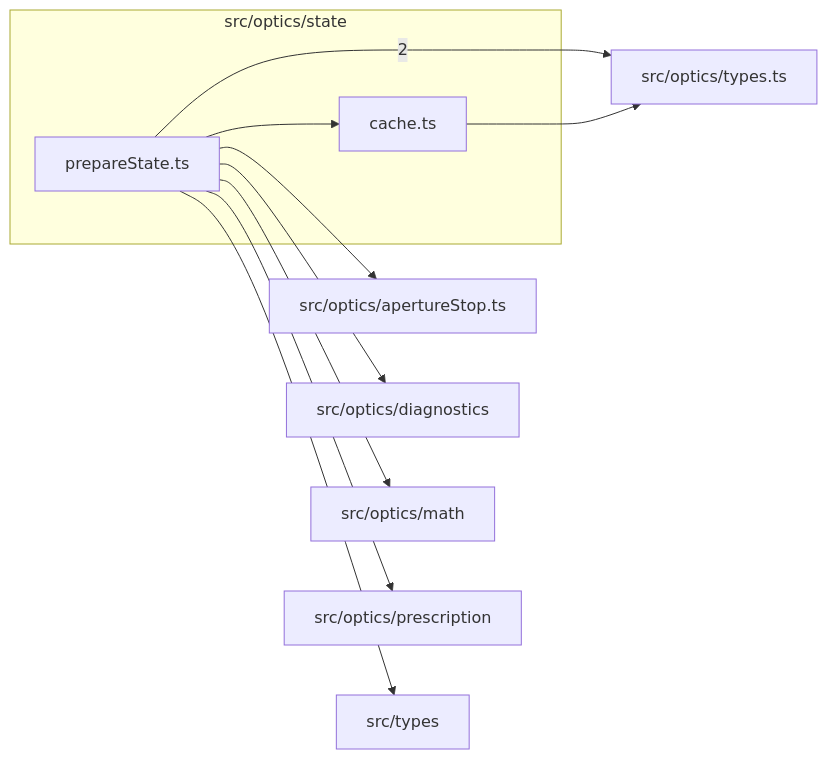
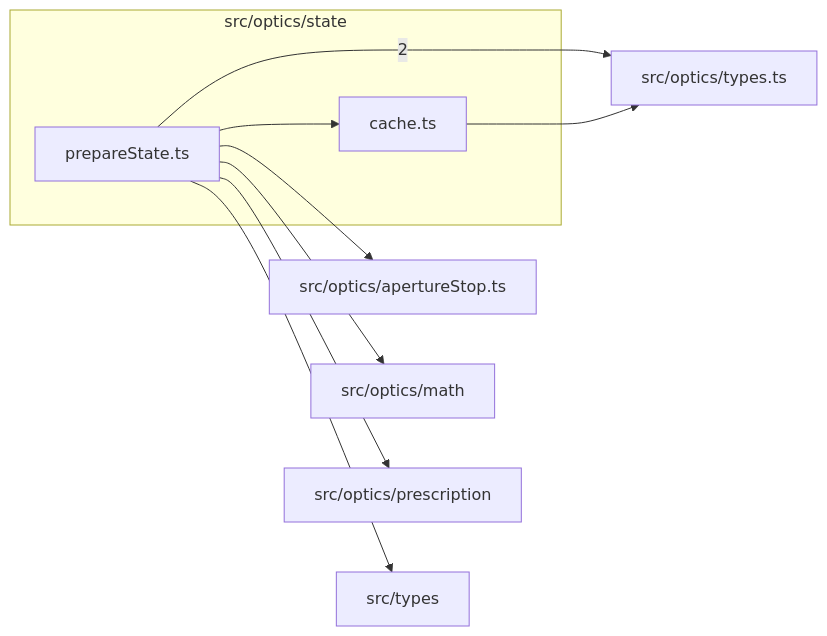
Before and after one commit to BeamFour/LensVisualizer: the diagram in src/optics/state/readme.md, drawn with Mermaid. The commit also changed other lines of this file and 53 other files, not shown here.

````diff
--- a/src/optics/state/readme.md
+++ b/src/optics/state/readme.md
@@ -9,21 +9,19 @@
 ```mermaid
 flowchart LR
   subgraph n_src_optics_state["src/optics/state"]
     n_src_optics_state_src_optics_state_cache_ts["cache.ts"]
     n_src_optics_state_src_optics_state_prepareState_ts["prepareState.ts"]
   end
   n_external_src_optics_types_ts["src/optics/types.ts"]
   n_external_src_optics_apertureStop_ts["src/optics/apertureStop.ts"]
-  n_external_src_optics_diagnostics["src/optics/diagnostics"]
   n_external_src_optics_math["src/optics/math"]
   n_external_src_optics_prescription["src/optics/prescription"]
   n_external_src_types["src/types"]
   n_src_optics_state_src_optics_state_prepareState_ts --> |2| n_external_src_optics_types_ts
   n_src_optics_state_src_optics_state_prepareState_ts --> n_external_src_optics_apertureStop_ts
-  n_src_optics_state_src_optics_state_prepareState_ts --> n_external_src_optics_diagnostics
   n_src_optics_state_src_optics_state_prepareState_ts --> n_external_src_optics_math
   n_src_optics_state_src_optics_state_prepareState_ts --> n_external_src_optics_prescription
   n_src_optics_state_src_optics_state_cache_ts --> n_external_src_optics_types_ts
   n_src_optics_state_src_optics_state_prepareState_ts --> n_external_src_types
   n_src_optics_state_src_optics_state_prepareState_ts --> n_src_optics_state_src_optics_state_cache_ts
 ```
````
